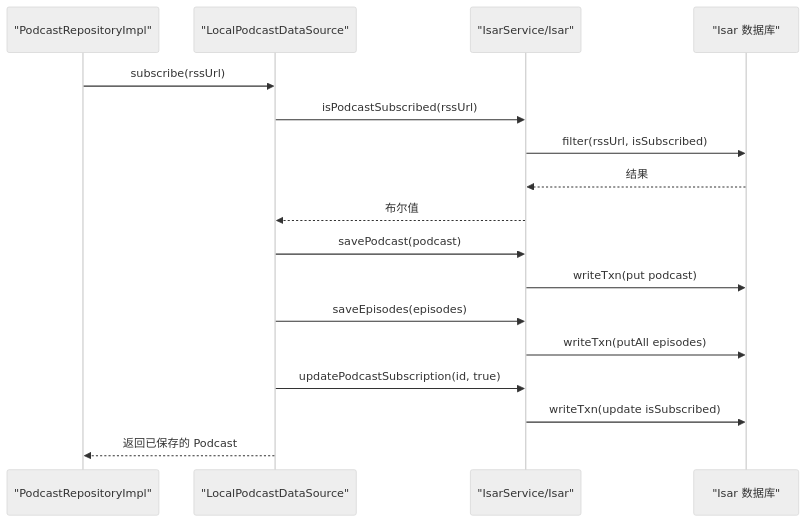
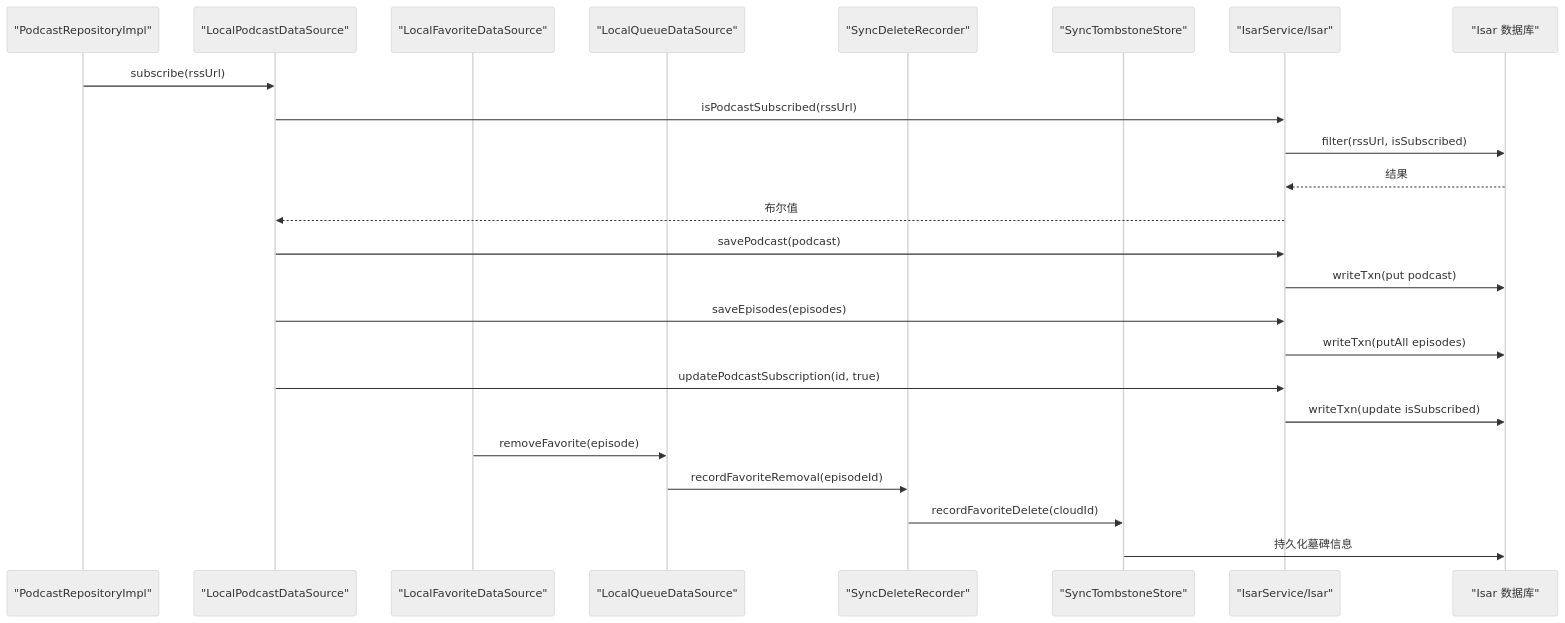
One commit to ZTfer/Tinycast changed the second of 11 diagrams in .qoder/repowiki/zh/content/核心功能模块/数据持久化.md. Above: the diagram before and after it, drawn with Mermaid (neutral theme). The commit also changed other lines of this file and 210 other files, not shown here.

````diff
--- a/.qoder/repowiki/zh/content/核心功能模块/数据持久化.md
+++ b/.qoder/repowiki/zh/content/核心功能模块/数据持久化.md
@@ -78,19 +115,26 @@
 ```mermaid
 sequenceDiagram
 participant Repo as "PodcastRepositoryImpl"
 participant DS as "LocalPodcastDataSource"
+participant FAV as "LocalFavoriteDataSource"
+participant Q as "LocalQueueDataSource"
+participant REC as "SyncDeleteRecorder"
+participant TOMB as "SyncTombstoneStore"
 participant ISAR as "IsarService/Isar"
 participant DB as "Isar 数据库"
 Repo->>DS : subscribe(rssUrl)
 DS->>ISAR : isPodcastSubscribed(rssUrl)
 ISAR->>DB : filter(rssUrl, isSubscribed)
 DB-->>ISAR : 结果
 ISAR-->>DS : 布尔值
 DS->>ISAR : savePodcast(podcast)
 ISAR->>DB : writeTxn(put podcast)
 DS->>ISAR : saveEpisodes(episodes)
 ISAR->>DB : writeTxn(putAll episodes)
 DS->>ISAR : updatePodcastSubscription(id, true)
 ISAR->>DB : writeTxn(update isSubscribed)
-DS-->>Repo : 返回已保存的 Podcast
+FAV->>Q : removeFavorite(episode)
+Q->>REC : recordFavoriteRemoval(episodeId)
+REC->>TOMB : recordFavoriteDelete(cloudId)
+TOMB->>DB : 持久化墓碑信息
 ```
````
